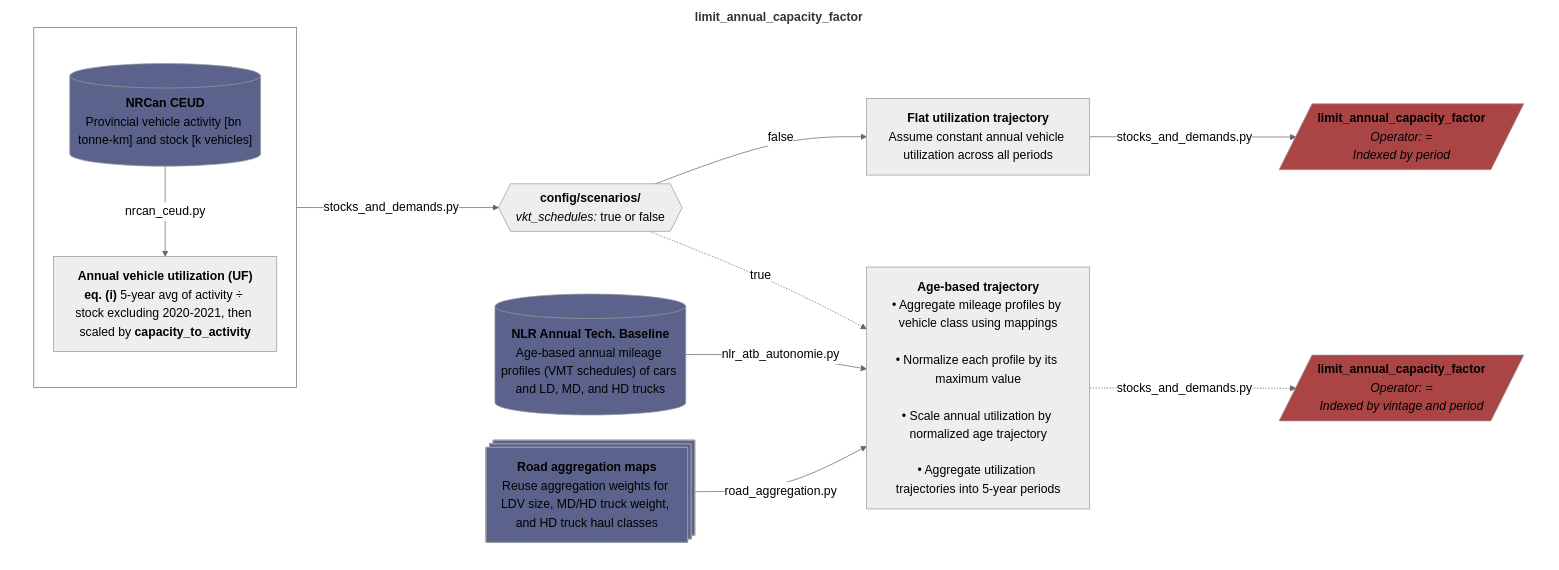
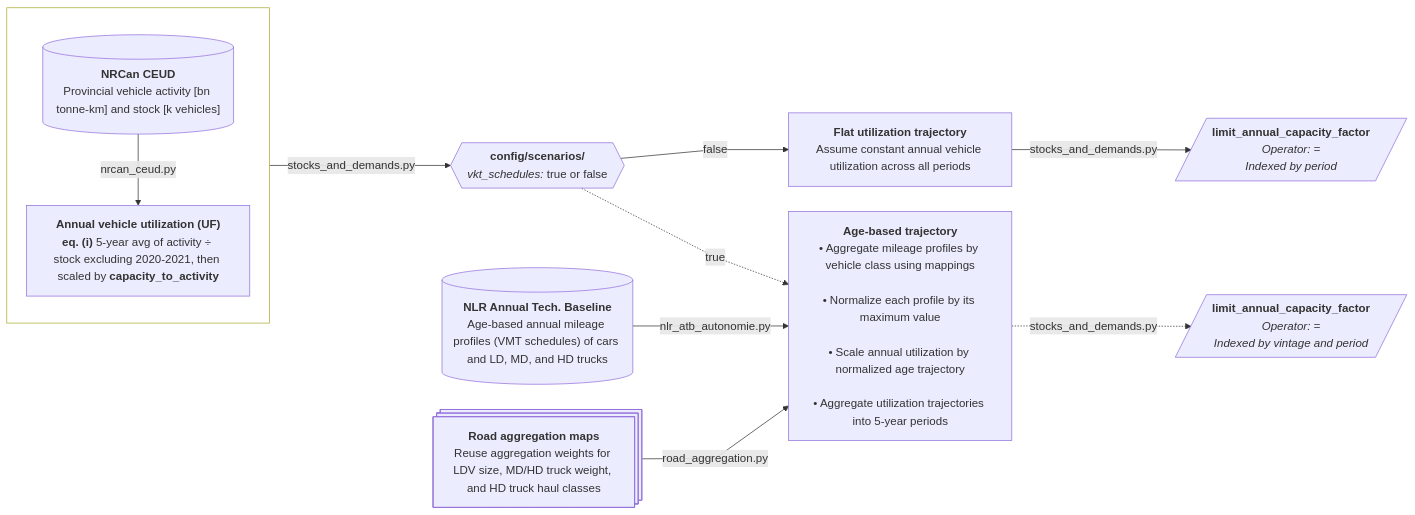
One commit to CANOE-main/canoe-transportation changed the fifth of 9 diagrams in README.md. Above: the diagram before and after it, drawn with Mermaid. The commit also changed other lines of this file, not shown here.

Commit message:
Finally fixed flowchart color rendering. - removed any custom color rules and left themes by default. This fixes color rendering mismatches.

````diff
--- a/README.md
+++ b/README.md
@@ -325,60 +276,45 @@
 ```mermaid
 ---
 config:
   layout: dagre
-  theme: neutral
-  themeVariables:
-    fontSize: 17px
   flowchart:
     nodeSpacing: 35
     rankSpacing: 50
     wrappingWidth: 250
-    curve: curve
+    curve: linear
 ---
 flowchart LR
-  subgraph canvas["`**limit_annual_capacity_factor**`"]
-  direction LR
   %% --- Sources ---
   s0[("`**NRCan CEUD**<br>Provincial vehicle activity [bn tonne-km] and stock [k vehicles]`")]
   s1[("`**NLR Annual Tech. Baseline**<br>Age-based annual mileage profiles (VMT schedules) of cars and LD, MD, and HD trucks`")]
   s2@{shape: processes, label: "**Road aggregation maps**<br>Reuse aggregation weights for LDV size, MD/HD truck weight, and HD truck haul classes"}
   
   %% --- Processes ---
   subgraph utilization[" "]
 	  direction TB
 	  p0["`**Annual vehicle utilization (UF)**<br>**eq. (i)** 5-year avg of activity ÷ stock excluding 2020-2021, then scaled by **capacity_to_activity**`"]
 	  s0 -- nrcan_ceud.py --> p0
   end
   style utilization fill:transparent,color:transparent
     
   p1@{shape: hex, label: "**config/scenarios/**<br>*vkt_schedules:* true or false"}
   utilization -- stocks_and_demands.py --> p1
     
   p2["`**Flat utilization trajectory**<br>Assume constant annual vehicle utilization across all periods`"]
   p1 -- false --> p2
   
   o1[/"`**limit_annual_capacity_factor**<br>*Operator: =*<br>*Indexed by period*`"/]
   p2 -- stocks_and_demands.py --> o1
   
   p3["`**Age-based trajectory**<br>• Aggregate mileage profiles by vehicle class using mappings<br><br>• Normalize each profile by its maximum value<br><br>• Scale annual utilization by normalized age trajectory<br><br>• Aggregate utilization trajectories into 5-year periods`"]
   p1 -. true .-> p3
   s1 -- nlr_atb_autonomie.py --> p3
   s2 -- road_aggregation.py --> p3
   
   o2[/"`**limit_annual_capacity_factor**<br>*Operator: =*<br>*Indexed by vintage and period*`"/]
   p3 -. "stocks_and_demands.py" .-> o2
-  end
-  
-  %% --- Styling ---
-  style canvas fill:#ffffff,stroke:#ffffff
-  classDef database fill:#5b638c
-  classDef doc fill:#608c5b
-  classDef output fill:#ab4444
-
-  class s0,s1,s2,s3 database;
-  class o1,o2 output;
 
   %% --- Hyperlinks ---
   click s0 "https://oee.nrcan.gc.ca/corporate/statistics/neud/dpa/menus/trends/comprehensive_tables/list.cfm"
   click s1 "https://atb.nlr.gov/transportation/2024/data"
 ```
````
